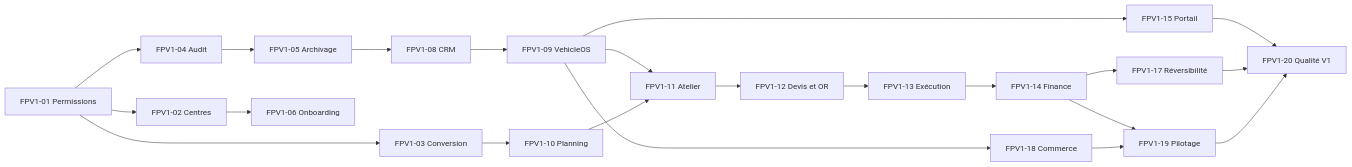
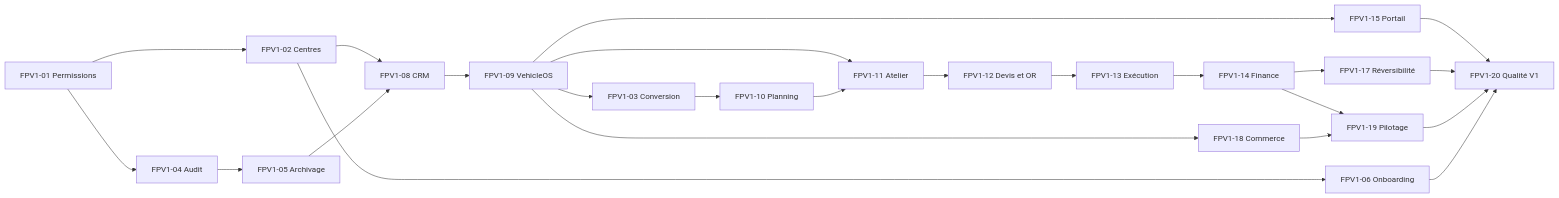
The diagram in docs/product/IMPLEMENTATION_ROADMAP.md (Rodan325/garageflow-claude-lab), drawn with Mermaid before and after one commit. The commit also changed other lines of this file and 4 other files, not shown here.

````diff
--- a/docs/product/IMPLEMENTATION_ROADMAP.md
+++ b/docs/product/IMPLEMENTATION_ROADMAP.md
@@ -67,24 +82,26 @@
 ```mermaid
 flowchart LR
   P01["FPV1-01 Permissions"] --> P02["FPV1-02 Centres"]
-  P01 --> P03["FPV1-03 Conversion"]
   P01 --> P04["FPV1-04 Audit"]
   P04 --> P05["FPV1-05 Archivage"]
+  P02 --> P08["FPV1-08 CRM"]
   P02 --> P06["FPV1-06 Onboarding"]
-  P05 --> P08["FPV1-08 CRM"]
+  P05 --> P08
   P08 --> P09["FPV1-09 VehicleOS"]
+  P09 --> P03["FPV1-03 Conversion"]
   P03 --> P10["FPV1-10 Planning"]
   P09 --> P11["FPV1-11 Atelier"]
   P10 --> P11
   P11 --> P12["FPV1-12 Devis et OR"]
   P12 --> P13["FPV1-13 Exécution"]
   P13 --> P14["FPV1-14 Finance"]
   P09 --> P15["FPV1-15 Portail"]
   P14 --> P17["FPV1-17 Réversibilité"]
   P09 --> P18["FPV1-18 Commerce"]
   P14 --> P19["FPV1-19 Pilotage"]
   P18 --> P19
   P15 --> P20["FPV1-20 Qualité V1"]
   P17 --> P20
   P19 --> P20
+  P06 --> P20
 ```
````
